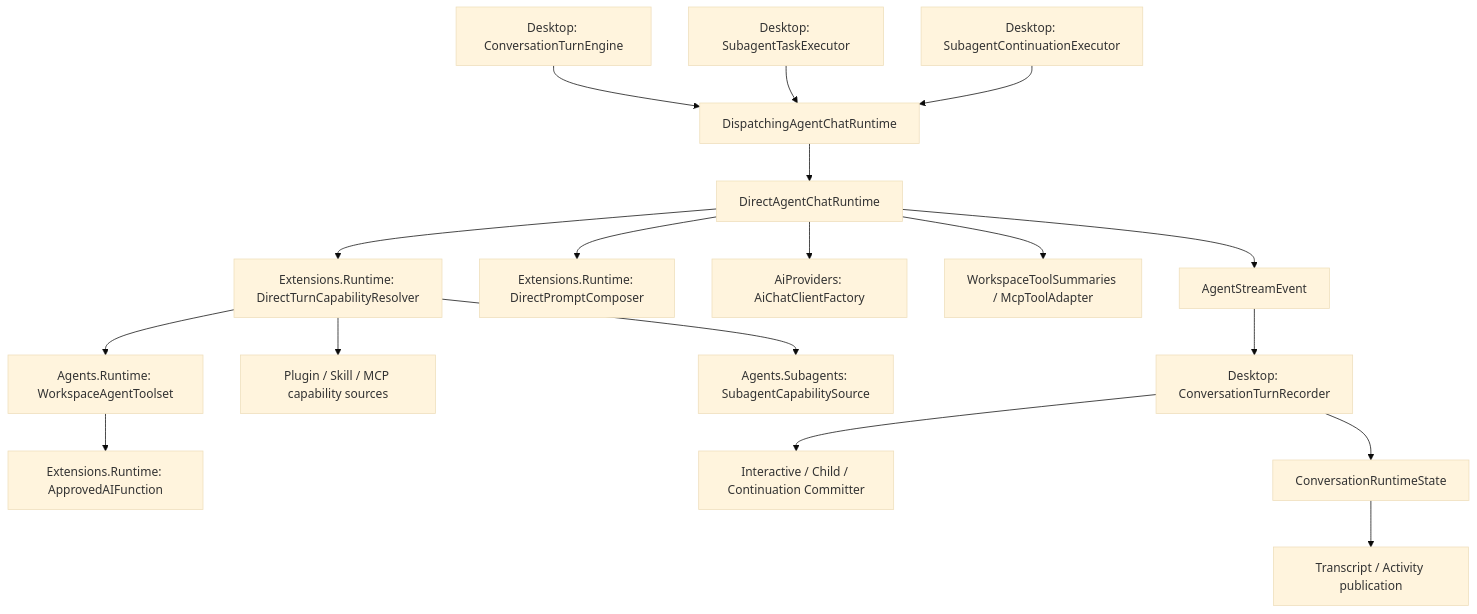
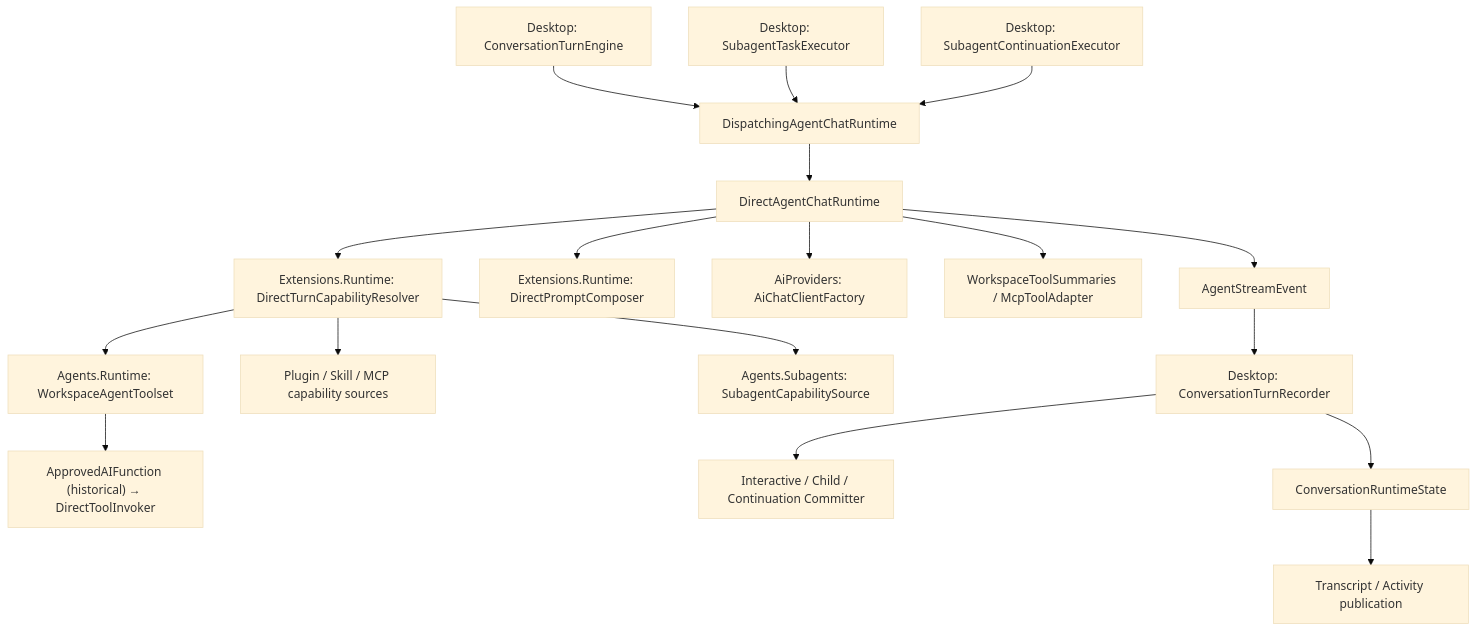
The diagram in docs/direct-agent-architecture-review.md (zj0135/SelfClaw), drawn with Mermaid (base theme) before and after one commit. The commit also changed other lines of this file and 45 other files, not shown here.

````diff
--- a/docs/direct-agent-architecture-review.md
+++ b/docs/direct-agent-architecture-review.md
@@ -147,20 +149,20 @@
 ```mermaid
 flowchart TD
     UI[Desktop: ConversationTurnEngine] --> Dispatch[DispatchingAgentChatRuntime]
     Child[Desktop: SubagentTaskExecutor] --> Dispatch
     Continuation[Desktop: SubagentContinuationExecutor] --> Dispatch
     Dispatch --> Direct[DirectAgentChatRuntime]
     Direct --> Cap[Extensions.Runtime: DirectTurnCapabilityResolver]
     Direct --> Prompt[Extensions.Runtime: DirectPromptComposer]
     Direct --> Provider[AiProviders: AiChatClientFactory]
     Cap --> Workspace[Agents.Runtime: WorkspaceAgentToolset]
     Cap --> Sources[Plugin / Skill / MCP capability sources]
     Cap --> SubagentTools[Agents.Subagents: SubagentCapabilitySource]
-    Workspace --> Approval[Extensions.Runtime: ApprovedAIFunction]
+    Workspace --> Invoker["ApprovedAIFunction (historical) → DirectToolInvoker"]
     Direct --> Results[WorkspaceToolSummaries / McpToolAdapter]
     Direct --> Events[AgentStreamEvent]
     Events --> Recorder[Desktop: ConversationTurnRecorder]
     Recorder --> Commit[Interactive / Child / Continuation Committer]
     Recorder --> State[ConversationRuntimeState]
     State --> Publish[Transcript / Activity publication]
 ```
````
